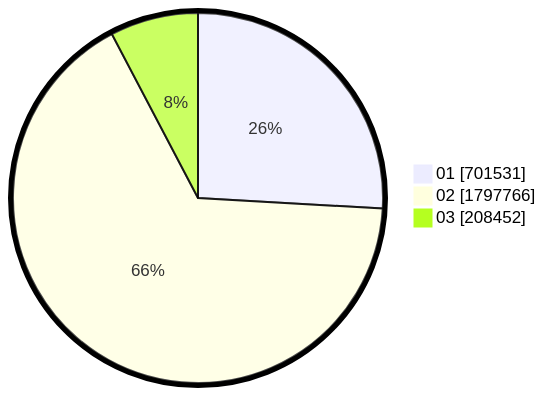
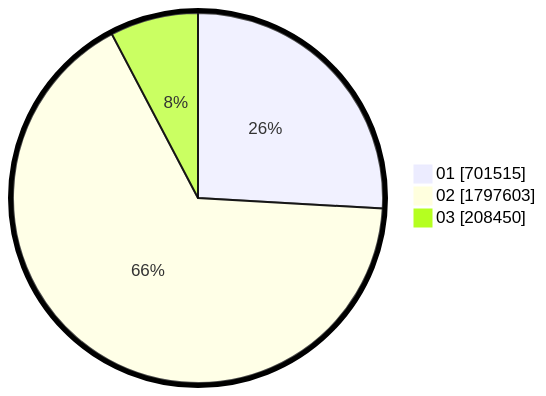
The second of 2 diagrams in pilpres/hitung-suara/sub/table-wilayah-52.md (gigit-pemilu/pemilu-2024), drawn with Mermaid before and after one commit. The commit also changed other lines of this file and 4 other files, not shown here.

````diff
--- a/pilpres/hitung-suara/sub/table-wilayah-52.md
+++ b/pilpres/hitung-suara/sub/table-wilayah-52.md
@@ -15,7 +15,7 @@
 ```mermaid
 %%{init: {"pie": {"textPosition": 0.5}, "themeVariables": {"pieOuterStrokeWidth": "5px"}} }%%
 pie showData
-    "01" : 701531
-    "02" : 1797766
-    "03" : 208452
+    "01" : 701515
+    "02" : 1797603
+    "03" : 208450
 ```
````
